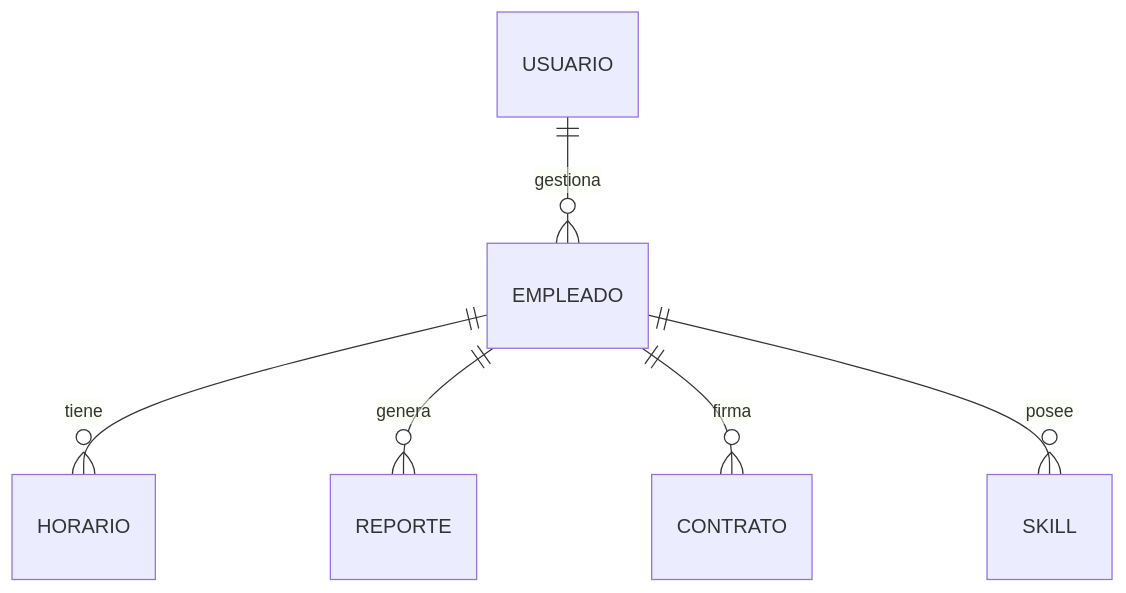
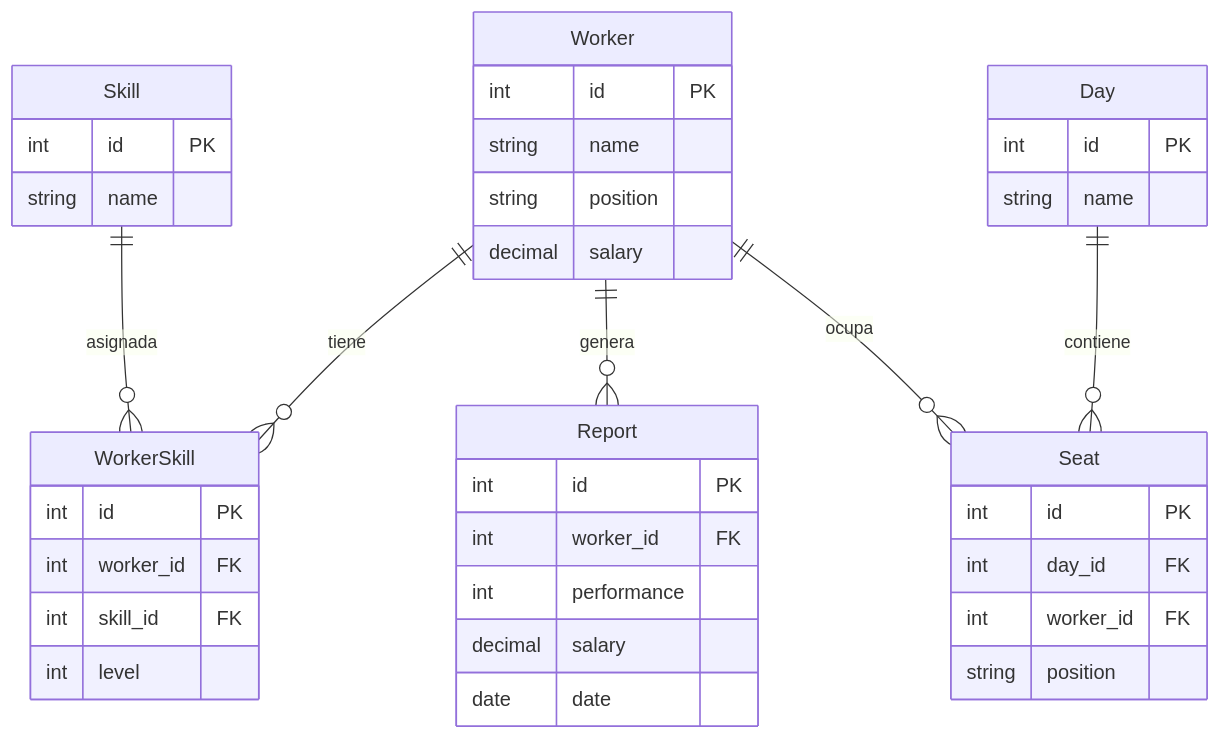
One commit to giancarlovilch/HDES changed the diagram in doc/db.md. Above: the diagram before and after it, drawn with Mermaid. The commit also changed other lines of this file and 30 other files, not shown here.

````diff
--- a/doc/db.md
+++ b/doc/db.md
@@ -18,8 +46,49 @@
 ```mermaid
 erDiagram
-    USUARIO ||--o{ EMPLEADO : "gestiona"
-    EMPLEADO ||--o{ HORARIO : "tiene"
-    EMPLEADO ||--o{ REPORTE : "genera"
-    EMPLEADO ||--o{ CONTRATO : "firma"
-    EMPLEADO ||--o{ SKILL : "posee"
+    Worker ||--o{ WorkerSkill : "tiene"
+    Skill  ||--o{ WorkerSkill : "asignada"
+
+    Worker ||--o{ Report : "genera"
+    Worker ||--o{ Seat   : "ocupa"
+
+    Day    ||--o{ Seat   : "contiene"
+
+    Worker {
+        int id PK
+        string name
+        string position
+        decimal salary
+    }
+
+    Skill {
+        int id PK
+        string name
+    }
+
+    WorkerSkill {
+        int id PK
+        int worker_id FK
+        int skill_id FK
+        int level
+    }
+
+    Report {
+        int id PK
+        int worker_id FK
+        int performance
+        decimal salary
+        date date
+    }
+
+    Day {
+        int id PK
+        string name
+    }
+
+    Seat {
+        int id PK
+        int day_id FK
+        int worker_id FK
+        string position
+    }
 ```
````
